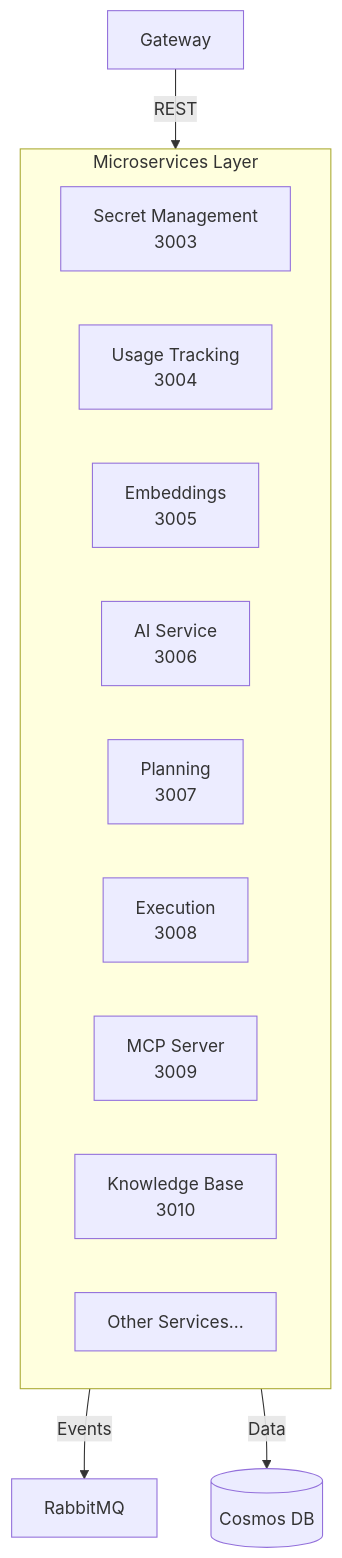
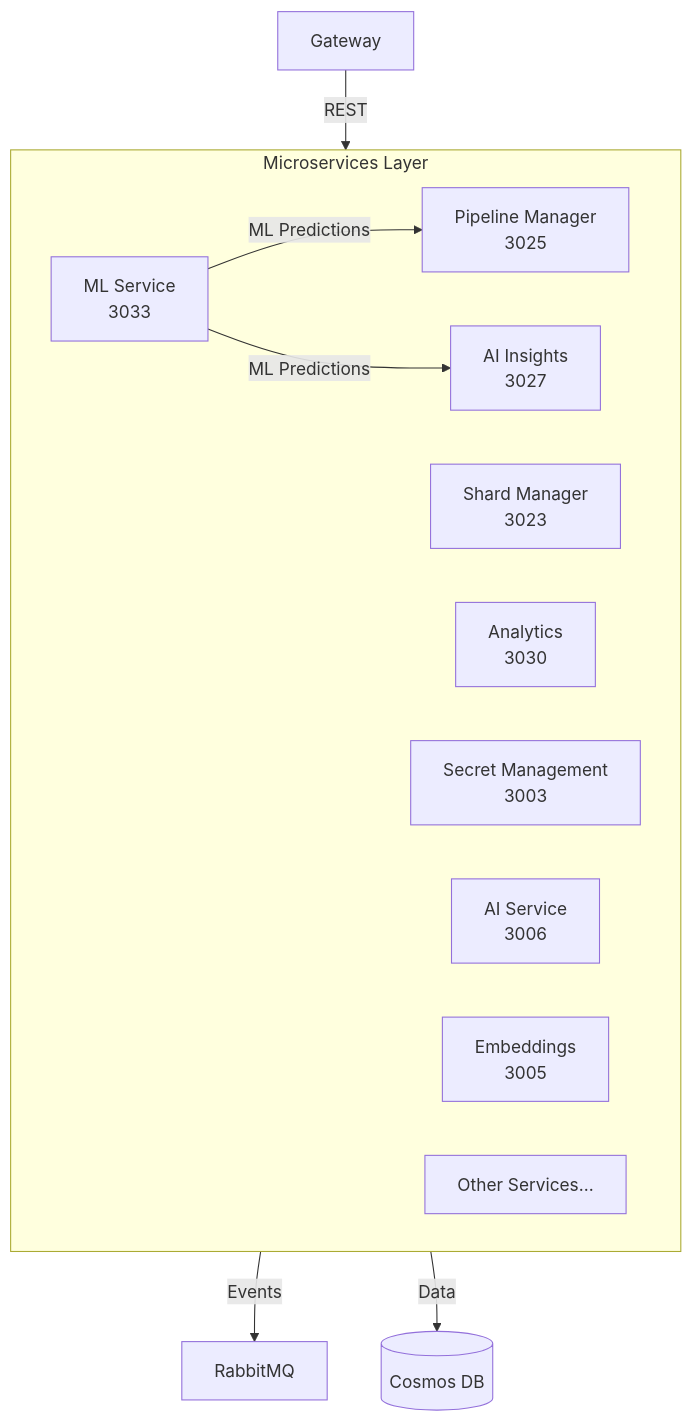
Before and after one commit to Edgame2/castiel2: the third of 4 diagrams in documentation/global/Architecture.md, drawn with Mermaid. The commit also changed other lines of this file and 346 other files, not shown here.

````diff
--- a/documentation/global/Architecture.md
+++ b/documentation/global/Architecture.md
@@ -83,18 +85,20 @@
 ```mermaid
 graph TB
     subgraph Microservices["Microservices Layer"]
+        Pipeline[Pipeline Manager<br/>3025]
+        AIInsights[AI Insights<br/>3027]
+        MLService[ML Service<br/>3033]
+        Shard[Shard Manager<br/>3023]
+        Analytics[Analytics<br/>3030]
         Secret[Secret Management<br/>3003]
-        Usage[Usage Tracking<br/>3004]
+        AI[AI Service<br/>3006]
         Embed[Embeddings<br/>3005]
-        AI[AI Service<br/>3006]
-        Planning[Planning<br/>3007]
-        Exec[Execution<br/>3008]
-        MCP[MCP Server<br/>3009]
-        KB[Knowledge Base<br/>3010]
         Other[Other Services...]
     end
     
     Gateway -->|REST| Microservices
     Microservices -->|Events| RabbitMQ[RabbitMQ]
     Microservices -->|Data| DB[(Cosmos DB)]
+    MLService -->|ML Predictions| AIInsights
+    MLService -->|ML Predictions| Pipeline
 ```
````
